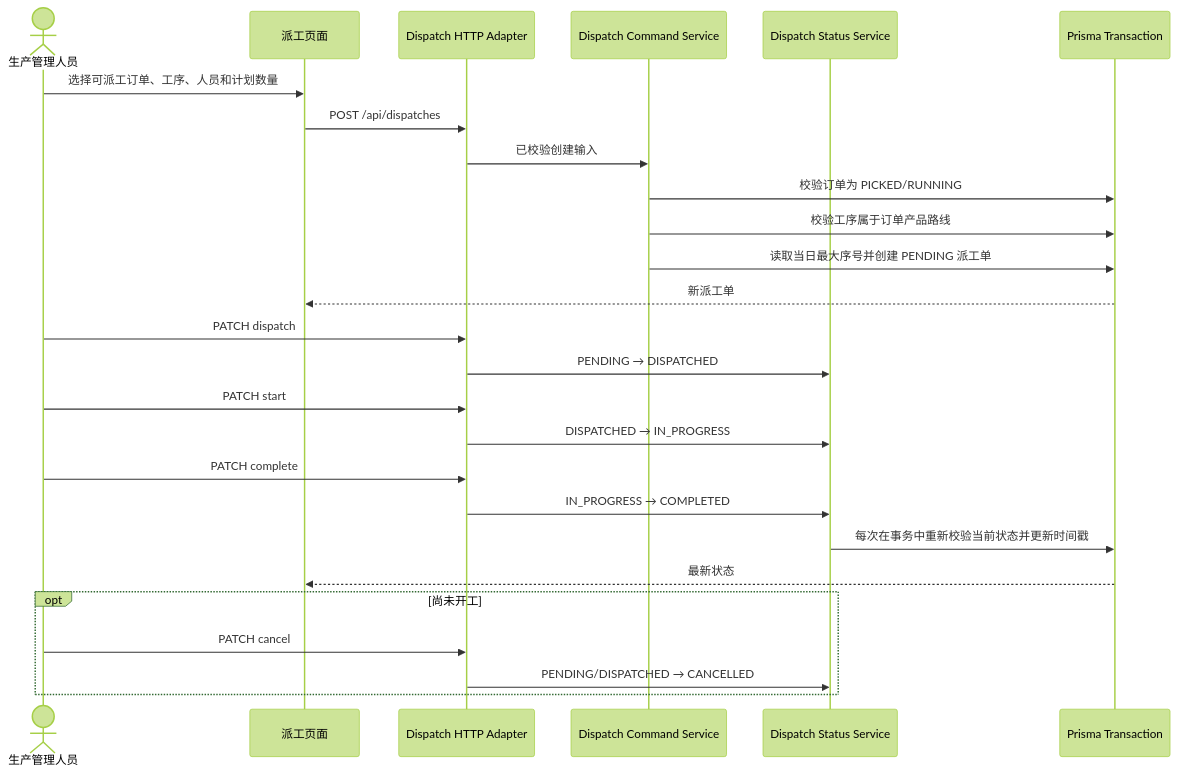
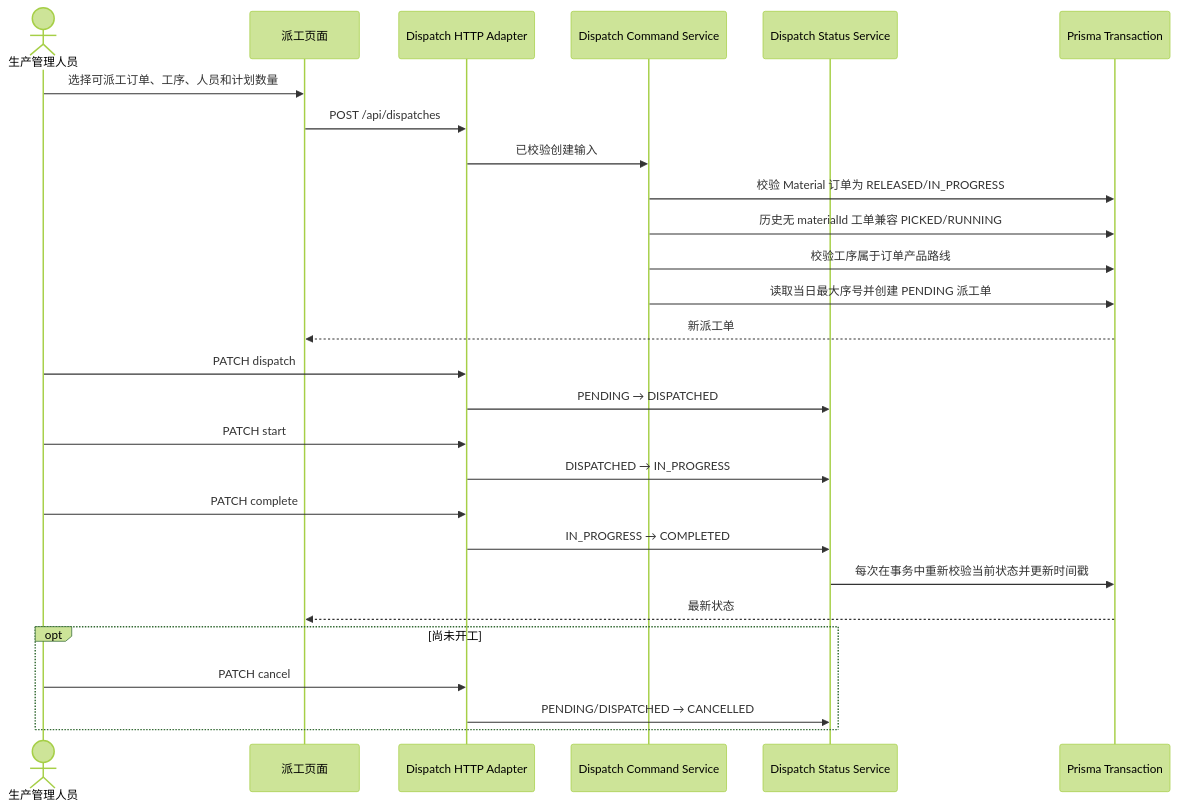
One commit to goldf2/mes-lite changed the sixth of 17 diagrams in docs/architecture/系统时序图.md. Above: the diagram before and after it, drawn with Mermaid (forest theme). The commit also changed 40 other files, not shown here.

````diff
--- a/docs/architecture/系统时序图.md
+++ b/docs/architecture/系统时序图.md
@@ -196,31 +196,32 @@
 ```mermaid
 sequenceDiagram
   actor U as 生产管理人员
   participant UI as 派工页面
   participant API as Dispatch HTTP Adapter
   participant C as Dispatch Command Service
   participant S as Dispatch Status Service
   participant DB as Prisma Transaction
 
   U->>UI: 选择可派工订单、工序、人员和计划数量
   UI->>API: POST /api/dispatches
   API->>C: 已校验创建输入
-  C->>DB: 校验订单为 PICKED/RUNNING
+  C->>DB: 校验 Material 订单为 RELEASED/IN_PROGRESS
+  C->>DB: 历史无 materialId 工单兼容 PICKED/RUNNING
   C->>DB: 校验工序属于订单产品路线
   C->>DB: 读取当日最大序号并创建 PENDING 派工单
   DB-->>UI: 新派工单
 
   U->>API: PATCH dispatch
   API->>S: PENDING → DISPATCHED
   U->>API: PATCH start
   API->>S: DISPATCHED → IN_PROGRESS
   U->>API: PATCH complete
   API->>S: IN_PROGRESS → COMPLETED
   S->>DB: 每次在事务中重新校验当前状态并更新时间戳
   DB-->>UI: 最新状态
 
   opt 尚未开工
     U->>API: PATCH cancel
     API->>S: PENDING/DISPATCHED → CANCELLED
   end
 ```
````
